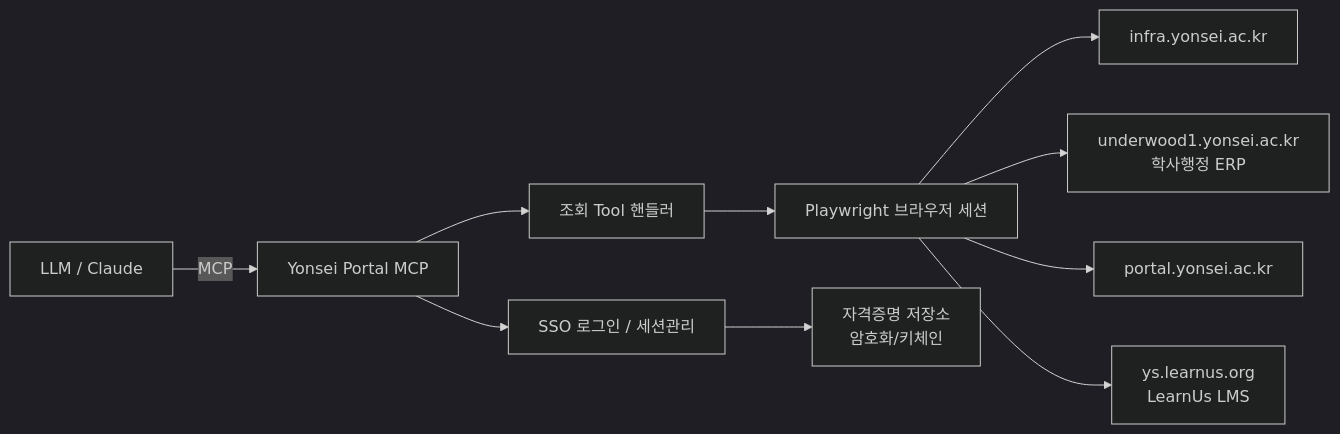
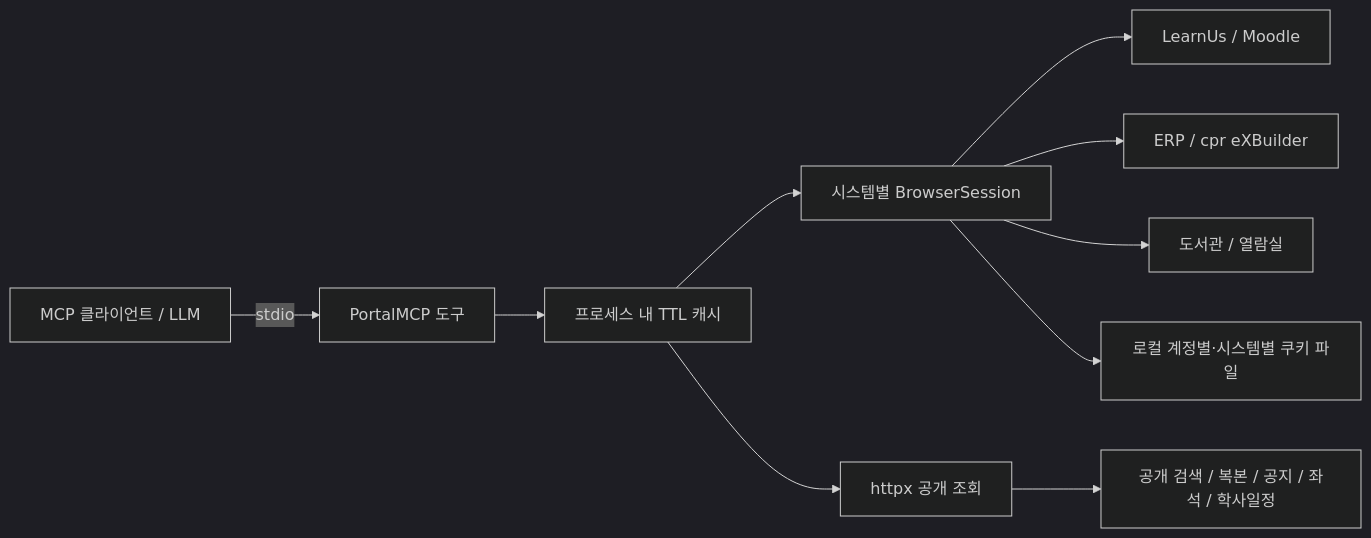
Before and after one commit to YOONPYOGitHub/yonsei-portal-MCP: the diagram in DESIGN.md, drawn with Mermaid (dark theme). The commit also changed other lines of this file and 39 other files, not shown here.

First line of the commit message:
feat: expand read-only portal tools and reconcile documentation

````diff
--- a/DESIGN.md
+++ b/DESIGN.md
@@ -314,12 +39,12 @@
 ```mermaid
 flowchart LR
-    LLM[LLM / Claude] -->|MCP| Server[Yonsei Portal MCP]
-    Server --> Auth[SSO 로그인 / 세션관리]
-    Server --> Tools[조회 Tool 핸들러]
-    Tools --> PW[Playwright 브라우저 세션]
-    PW --> SSO[infra.yonsei.ac.kr]
-    PW --> ERP[underwood1.yonsei.ac.kr<br/>학사행정 ERP]
-    PW --> Portal[portal.yonsei.ac.kr]
-    PW --> LMS[ys.learnus.org<br/>LearnUs LMS]
-    Auth --> Store[자격증명 저장소<br/>암호화/키체인]
+    Client[MCP 클라이언트 / LLM] -->|stdio| Server[PortalMCP 도구]
+    Server --> Cache[프로세스 내 TTL 캐시]
+    Cache --> Sessions[시스템별 BrowserSession]
+    Cache --> HTTP[httpx 공개 조회]
+    Sessions --> LMS[LearnUs / Moodle]
+    Sessions --> ERP[ERP / cpr eXBuilder]
+    Sessions --> Library[도서관 / 열람실]
+    HTTP --> Public[공개 검색 / 복본 / 공지 / 좌석 / 학사일정]
+    Sessions --> Cookies[로컬 계정별·시스템별 쿠키 파일]
 ```
````
